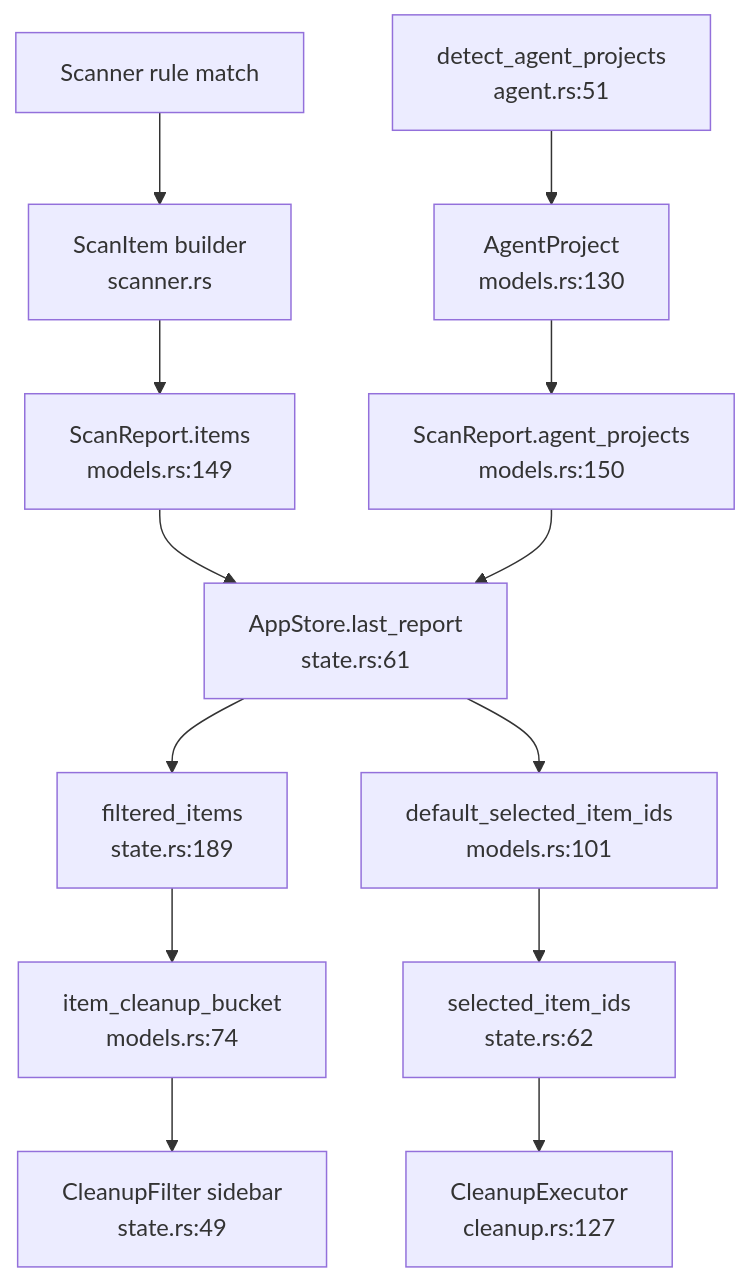
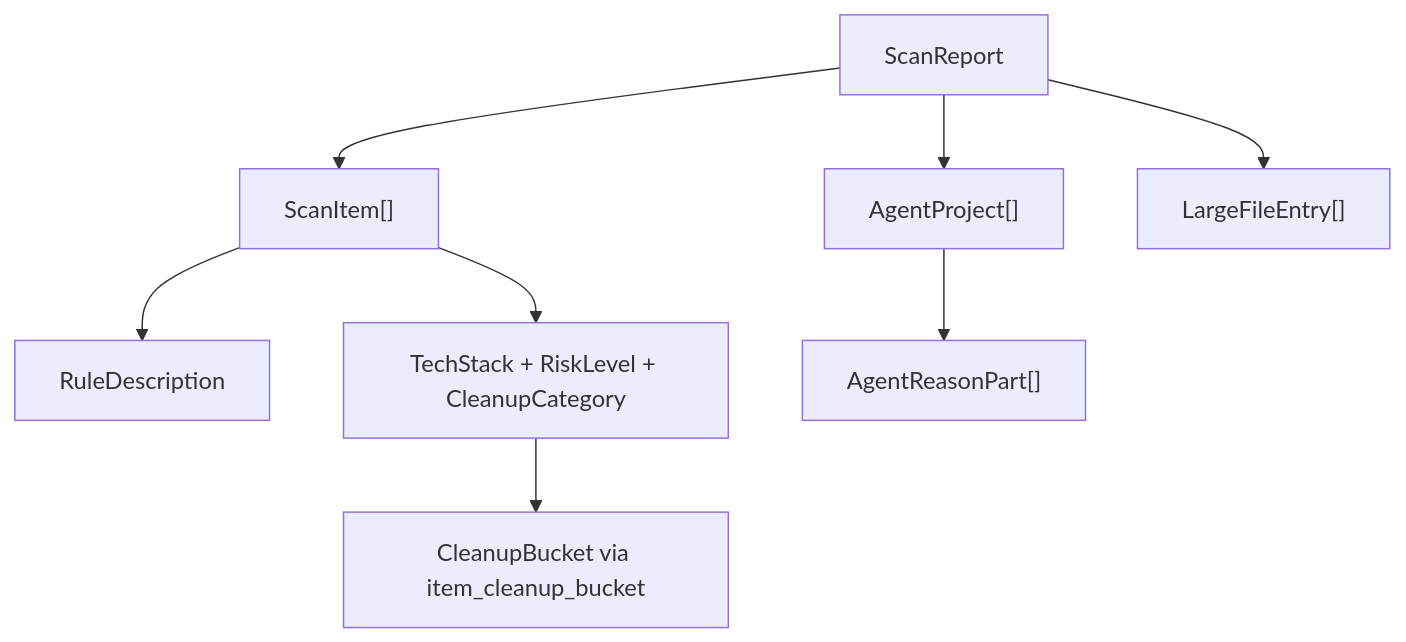
Before and after one commit to sopaco/CLV3000-Plus: the diagram in .terrain/human/4.Deep-Exploration/models.md, drawn with Mermaid. The commit also changed other lines of this file and 55 other files, not shown here.

````diff
--- a/.terrain/human/4.Deep-Exploration/models.md
+++ b/.terrain/human/4.Deep-Exploration/models.md
@@ -53,15 +42,10 @@
 ```mermaid
 flowchart TD
-    A["Scanner rule match"] --> B["ScanItem builder<br/>scanner.rs"]
-    B --> C["ScanReport.items<br/>models.rs:149"]
-    D["detect_agent_projects<br/>agent.rs:51"] --> E["AgentProject<br/>models.rs:130"]
-    E --> F["ScanReport.agent_projects<br/>models.rs:150"]
-    C --> G["AppStore.last_report<br/>state.rs:61"]
-    F --> G
-    G --> H["filtered_items<br/>state.rs:189"]
-    H --> I["item_cleanup_bucket<br/>models.rs:74"]
-    I --> J["CleanupFilter sidebar<br/>state.rs:49"]
-    G --> K["default_selected_item_ids<br/>models.rs:101"]
-    K --> L["selected_item_ids<br/>state.rs:62"]
-    L --> M["CleanupExecutor<br/>cleanup.rs:127"]
+    A["ScanReport"] --> B["ScanItem[]"]
+    A --> C["AgentProject[]"]
+    A --> D["LargeFileEntry[]"]
+    B --> E["RuleDescription"]
+    B --> F["TechStack + RiskLevel + CleanupCategory"]
+    C --> G["AgentReasonPart[]"]
+    F --> H["CleanupBucket via item_cleanup_bucket"]
 ```
````
